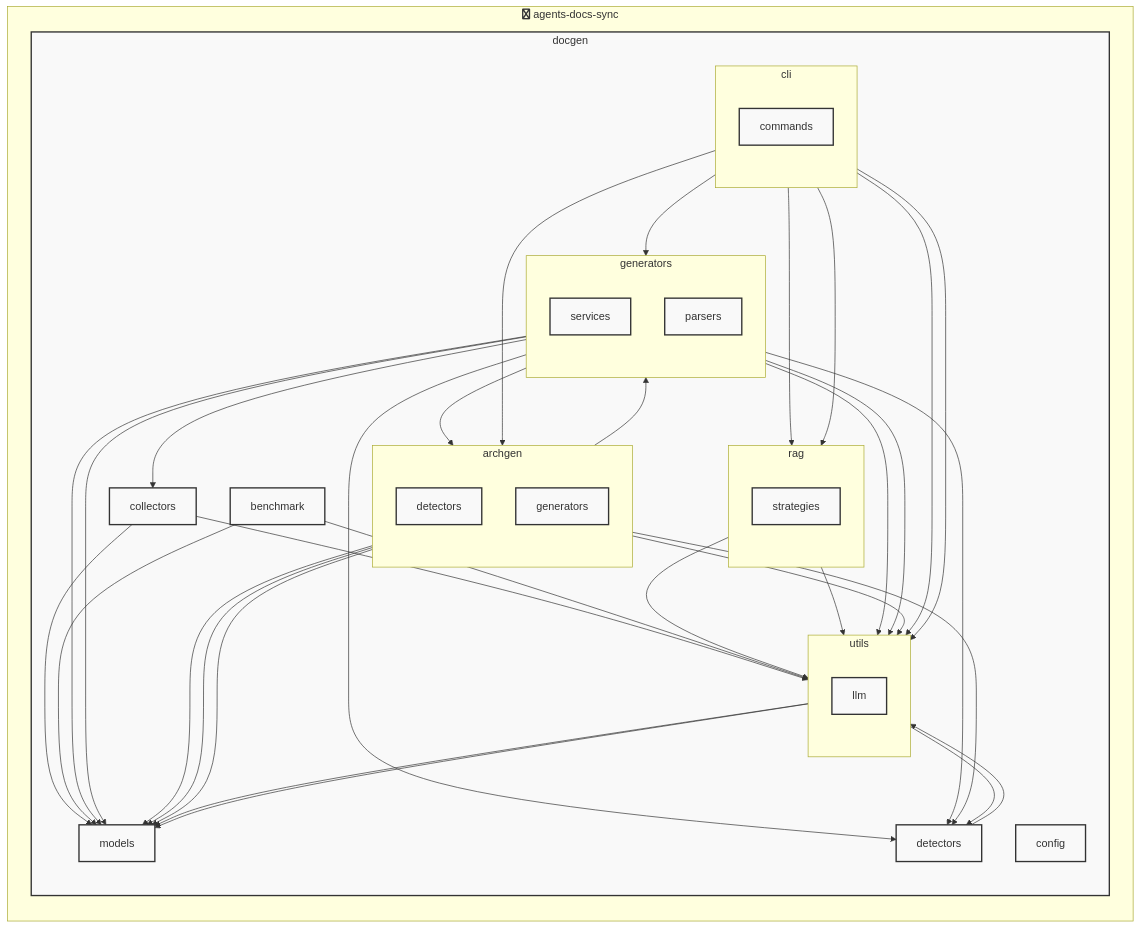
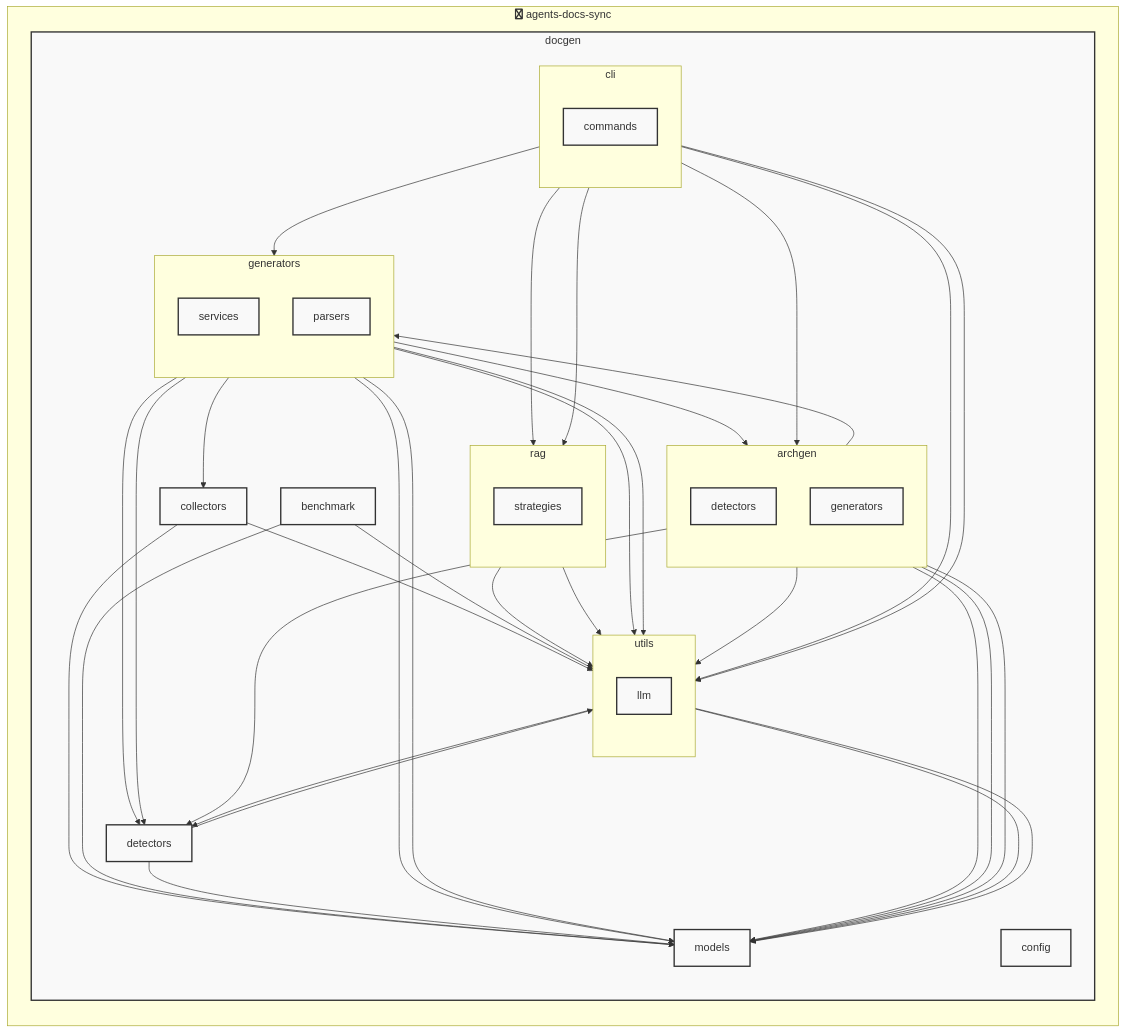
The diagram in AGENTS.md (shiohamu/agents-docs-sync), drawn with Mermaid before and after one commit. The commit also changed other lines of this file and 29 other files, not shown here.

````diff
--- a/AGENTS.md
+++ b/AGENTS.md
@@ -155,80 +197,82 @@
 ```mermaid
 graph TB
     %% Auto-generated architecture diagram
 
     subgraph agents_docs_sync [fa:fa-python agents-docs-sync]
         direction TB
         subgraph docgen [docgen]
             direction TB
             docgen_collectors["collectors"]:::moduleStyle
             subgraph docgen_utils [utils]
                 direction TB
                 docgen_utils_llm["llm"]:::moduleStyle
             end
             class docgen_utils moduleStyle
             subgraph docgen_cli [cli]
                 direction TB
                 docgen_cli_commands["commands"]:::moduleStyle
             end
             class docgen_cli moduleStyle
             docgen_models["models"]:::moduleStyle
             subgraph docgen_archgen [archgen]
                 direction TB
                 docgen_archgen_detectors["detectors"]:::moduleStyle
                 docgen_archgen_generators["generators"]:::moduleStyle
             end
             class docgen_archgen moduleStyle
             docgen_benchmark["benchmark"]:::moduleStyle
             docgen_detectors["detectors"]:::moduleStyle
             subgraph docgen_generators [generators]
                 direction TB
                 docgen_generators_services["services"]:::moduleStyle
                 docgen_generators_parsers["parsers"]:::moduleStyle
             end
             class docgen_generators moduleStyle
             subgraph docgen_rag [rag]
                 direction TB
                 docgen_rag_strategies["strategies"]:::moduleStyle
             end
             class docgen_rag moduleStyle
             docgen_config["config"]:::moduleStyle
         end
         class docgen moduleStyle
     end
+    agents_docs_sync["fa:fa-cube agents-docs-sync"]
 
     docgen_collectors --> docgen_models
     docgen_collectors --> docgen_utils
     docgen_utils --> docgen_detectors
     docgen_utils --> docgen_models
     docgen_utils_llm --> docgen_models
     docgen_cli --> docgen_archgen
     docgen_cli --> docgen_generators
     docgen_cli --> docgen_rag
     docgen_cli --> docgen_utils
     docgen_cli_commands --> docgen_rag
     docgen_cli_commands --> docgen_utils
     docgen_archgen --> docgen_detectors
     docgen_archgen --> docgen_generators
     docgen_archgen --> docgen_models
     docgen_archgen --> docgen_utils
     docgen_archgen_detectors --> docgen_models
     docgen_archgen_generators --> docgen_models
     docgen_benchmark --> docgen_models
     docgen_benchmark --> docgen_utils
+    docgen_detectors --> docgen_models
     docgen_detectors --> docgen_utils
     docgen_generators --> docgen_archgen
     docgen_generators --> docgen_collectors
     docgen_generators --> docgen_detectors
     docgen_generators --> docgen_models
     docgen_generators --> docgen_utils
     docgen_generators_parsers --> docgen_detectors
     docgen_generators_parsers --> docgen_models
     docgen_generators_parsers --> docgen_utils
     docgen_rag --> docgen_utils
     docgen_rag_strategies --> docgen_utils
 
     classDef pythonStyle fill:#3776ab,stroke:#ffd43b,stroke-width:2px,color:#fff
     classDef dockerStyle fill:#2496ed,stroke:#1d63ed,stroke-width:2px,color:#fff
     classDef dbStyle fill:#336791,stroke:#6b9cd6,stroke-width:2px,color:#fff
     classDef moduleStyle fill:#f9f9f9,stroke:#333,stroke-width:2px
 ```
````
